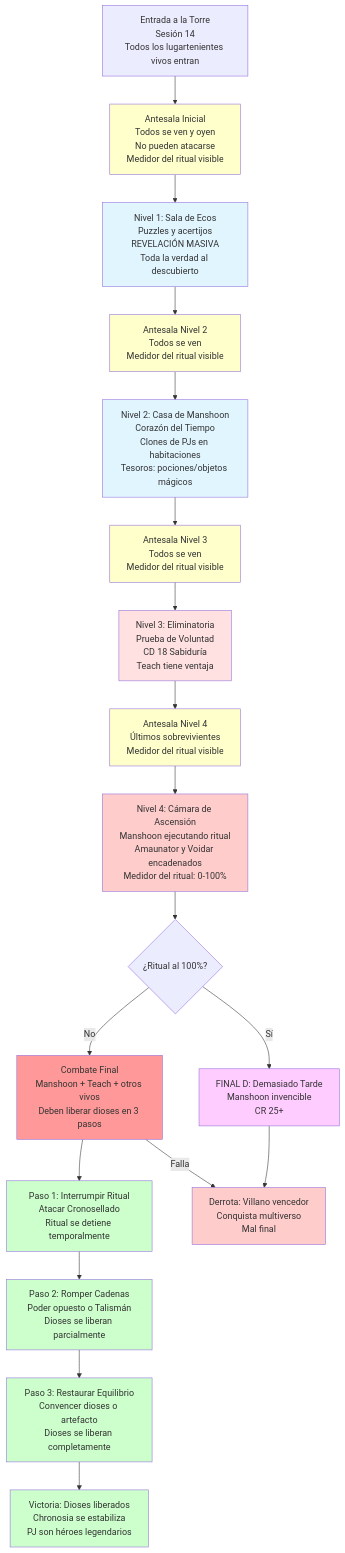
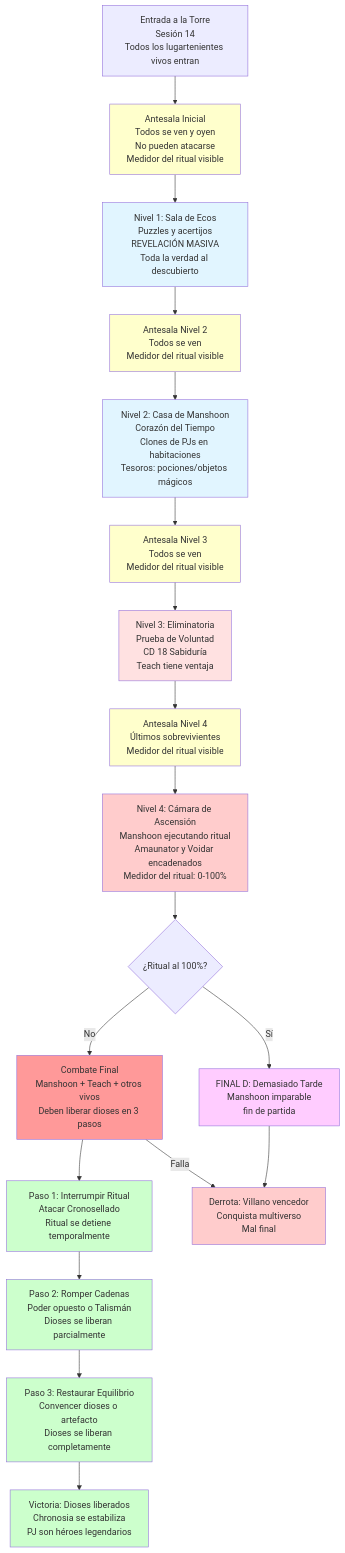
Before and after one commit to asantolaria/dnd-campaign-chronosia: the diagram in Chronosia_Campana_Profesional/00_Esquemas/03_Torre_Eternidad.md, drawn with Mermaid. The commit also changed other lines of this file and 2 other files, not shown here.

Commit message:
Etapa 4: rescalar CR inflados de Aethernus (23-25 -> 13-14 / fin de partida)

````diff
--- a/Chronosia_Campana_Profesional/00_Esquemas/03_Torre_Eternidad.md
+++ b/Chronosia_Campana_Profesional/00_Esquemas/03_Torre_Eternidad.md
@@ -20,48 +20,48 @@
 ```mermaid
 flowchart TD
     ENTRADA[Entrada a la Torre<br/>Sesión 14<br/>Todos los lugartenientes vivos entran] --> ANTESALA[Antesala Inicial<br/>Todos se ven y oyen<br/>No pueden atacarse<br/>Medidor del ritual visible]
     
     ANTESALA --> N1[Nivel 1: Sala de Ecos<br/>Puzzles y acertijos<br/>REVELACIÓN MASIVA<br/>Toda la verdad al descubierto]
     
     N1 --> ANTESALA2[Antesala Nivel 2<br/>Todos se ven<br/>Medidor del ritual visible]
     ANTESALA2 --> N2[Nivel 2: Casa de Manshoon<br/>Corazón del Tiempo<br/>Clones de PJs en habitaciones<br/>Tesoros: pociones/objetos mágicos]
     
     N2 --> ANTESALA3[Antesala Nivel 3<br/>Todos se ven<br/>Medidor del ritual visible]
     ANTESALA3 --> N3[Nivel 3: Eliminatoria<br/>Prueba de Voluntad<br/>CD 18 Sabiduría<br/>Teach tiene ventaja]
     
     N3 --> ANTESALA4[Antesala Nivel 4<br/>Últimos sobrevivientes<br/>Medidor del ritual visible]
     ANTESALA4 --> N4[Nivel 4: Cámara de Ascensión<br/>Manshoon ejecutando ritual<br/>Amaunator y Voidar encadenados<br/>Medidor del ritual: 0-100%]
     
     N4 --> TIMING{¿Ritual al 100%?}
     
     TIMING -->|No| COMBATE[Combate Final<br/>Manshoon + Teach + otros vivos<br/>Deben liberar dioses en 3 pasos]
-    TIMING -->|Sí| FINAL_D[FINAL D: Demasiado Tarde<br/>Manshoon invencible<br/>CR 25+]
+    TIMING -->|Sí| FINAL_D[FINAL D: Demasiado Tarde<br/>Manshoon imparable<br/>fin de partida]
     
     COMBATE --> PASO1[Paso 1: Interrumpir Ritual<br/>Atacar Cronosellado<br/>Ritual se detiene temporalmente]
     
     PASO1 --> PASO2[Paso 2: Romper Cadenas<br/>Poder opuesto o Talismán<br/>Dioses se liberan parcialmente]
     
     PASO2 --> PASO3[Paso 3: Restaurar Equilibrio<br/>Convencer dioses o artefacto<br/>Dioses se liberan completamente]
     
     PASO3 --> VICTORIA[Victoria: Dioses liberados<br/>Chronosia se estabiliza<br/>PJ son héroes legendarios]
     
     COMBATE -->|Falla| DERROTA[Derrota: Villano vencedor<br/>Conquista multiverso<br/>Mal final]
     
     FINAL_D --> DERROTA
     
     style ANTESALA fill:#ffffcc
     style N1 fill:#e1f5ff
     style ANTESALA2 fill:#ffffcc
     style N2 fill:#e1f5ff
     style ANTESALA3 fill:#ffffcc
     style N3 fill:#ffe1e1
     style ANTESALA4 fill:#ffffcc
     style N4 fill:#ffcccc
     style COMBATE fill:#ff9999
     style PASO1 fill:#ccffcc
     style PASO2 fill:#ccffcc
     style PASO3 fill:#ccffcc
     style FINAL_D fill:#ffccff
     style VICTORIA fill:#ccffcc
     style DERROTA fill:#ffcccc
 ```
````
